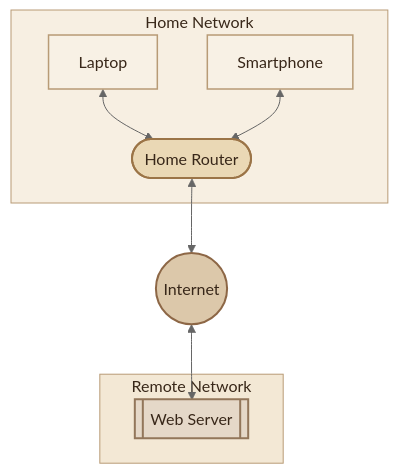
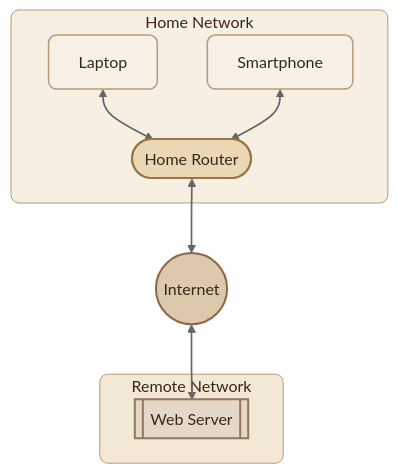
Before and after one commit to mustafammasoud/ops-handbook: the sixth of 6 diagrams in content/networking/what-is-a-computer-network.mdx, drawn with Mermaid (neutral theme). The commit also changed other lines of this file and 7 other files, not shown here.

````diff
--- a/content/networking/what-is-a-computer-network.mdx
+++ b/content/networking/what-is-a-computer-network.mdx
@@ -284,32 +297,33 @@
 ```mermaid
 flowchart TB
     subgraph HOME["Home Network"]
         L["Laptop"]
         P[" Smartphone"]
         R(["Home Router"])
         L <--> R
         P <--> R
     end
 
     I((" Internet"))
 
     subgraph REMOTE["Remote Network"]
         S[["Web Server"]]
     end
 
     R <--> I
     I <--> S
 
-    classDef device fill:#F8F1E5,stroke:#B89B76,color:#382719,stroke-width:1.5px
-    classDef router fill:#EAD8B5,stroke:#9B7447,color:#382719,stroke-width:2px
-    classDef internet fill:#DCC8AA,stroke:#8D6746,color:#382719,stroke-width:2px
-    classDef server fill:#E5D8C8,stroke:#92765A,color:#382719,stroke-width:2px
+    classDef device fill:#F8F1E5,stroke:#B89B76,color:#382719,stroke-width:1.5px,rx:8,ry:8
+    classDef router fill:#EAD8B5,stroke:#9B7447,color:#382719,stroke-width:2px,rx:8,ry:8
+    classDef internet fill:#DCC8AA,stroke:#8D6746,color:#382719,stroke-width:2px,rx:8,ry:8
+    classDef server fill:#E5D8C8,stroke:#92765A,color:#382719,stroke-width:2px,rx:8,ry:8
 
     class L,P device
     class R router
     class I internet
     class S server
 
-    style HOME fill:#F7EFE2,stroke:#B89B76,color:#382719
-    style REMOTE fill:#F3E8D5,stroke:#B89B76,color:#382719
+    style HOME fill:#F7EFE2,stroke:#B89B76,color:#382719,rx:8,ry:8
+    style REMOTE fill:#F3E8D5,stroke:#B89B76,color:#382719,rx:8,ry:8
+    linkStyle default stroke-width:1.7px
 ```
````
